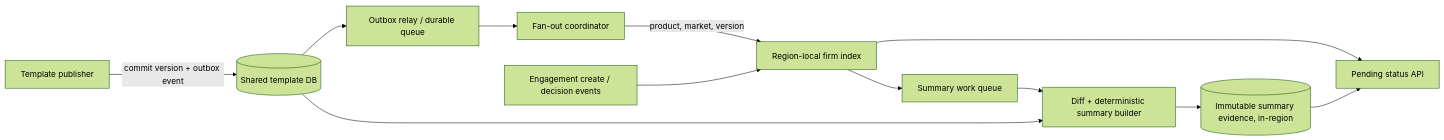
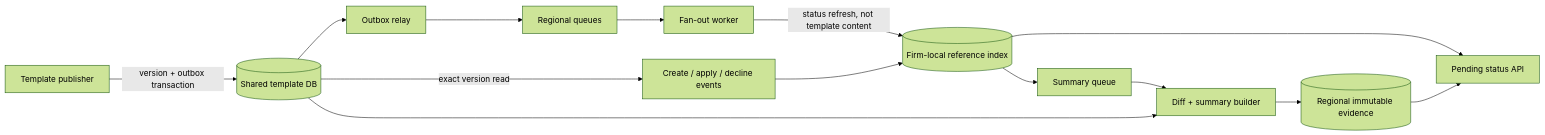
The diagram in design.md (carlosdlr/staff-java-template-update-assignment), drawn with Mermaid (forest theme) before and after one commit. The commit also changed other lines of this file and 4 other files, not shown here.

Commit message:
Polish template publish fan-out assignment

````diff
--- a/design.md
+++ b/design.md
@@ -13,14 +13,16 @@
 ```mermaid
 flowchart LR
-  P[Template publisher] -->|commit version + outbox event| T[(Shared template DB)]
-  T --> E[Outbox relay / durable queue]
-  E --> F[Fan-out coordinator]
-  F -->|product, market, version| R[Region-local firm index]
-  C[Engagement create / decision events] --> R
-  R --> U[Pending status API]
-  R --> S[Summary work queue]
-  S --> D[Diff + deterministic summary builder]
+  P[Template publisher] -->|version + outbox transaction| T[(Shared template DB)]
+  T --> O[Outbox relay]
+  O --> Q[Regional queues]
+  Q --> W[Fan-out worker]
+  W -->|status refresh, not template content| I[(Firm-local reference index)]
+  C[Create / apply / decline events] --> I
+  T -->|exact version read| C
+  I --> U[Pending status API]
+  I --> S[Summary queue]
+  S --> D[Diff + summary builder]
   T --> D
-  D --> A[(Immutable summary evidence, in-region)]
-  A --> U
+  D --> E[(Regional immutable evidence)]
+  E --> U
 ```
````
